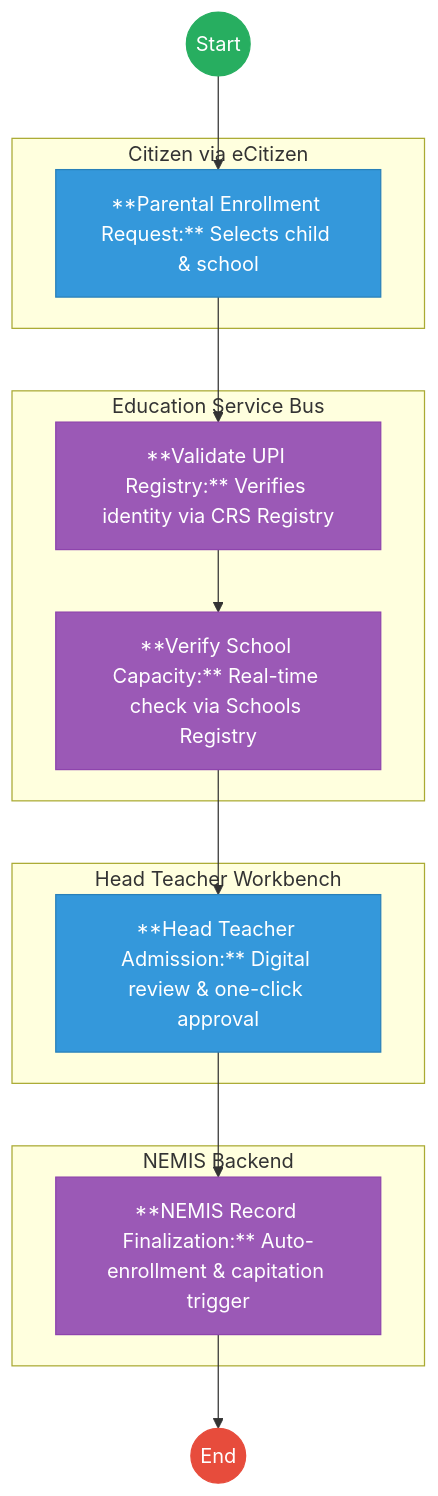
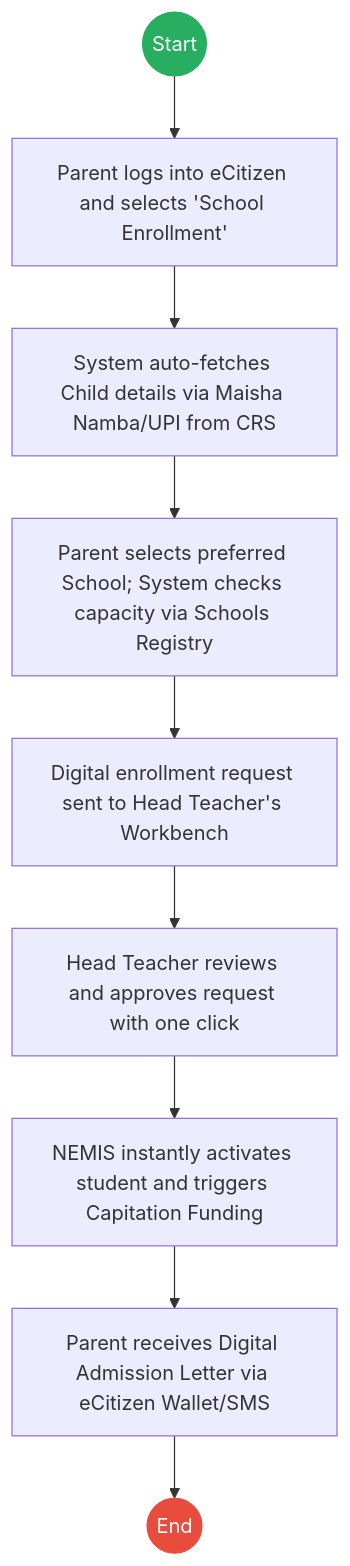
Before and after one commit to BITZ-IT-Consulting-LTD/ictapoc: the second of 2 diagrams in mdas/docs_final/Ministry_of_Education___Service_Delivery.md, drawn with Mermaid. The commit also changed other lines of this file and 6 other files, not shown here.

````diff
--- a/mdas/docs_final/Ministry_of_Education___Service_Delivery.md
+++ b/mdas/docs_final/Ministry_of_Education___Service_Delivery.md
@@ -135,37 +93,16 @@
 ```mermaid
 graph TD
-    Start((Start)) --> S1
-    
-    subgraph Parent [Citizen via eCitizen]
-        S1["**Parental Enrollment Request:** Selects child & school"]
-    end
-    
-    subgraph WoG_Platform [Education Service Bus]
-        S2["**Validate UPI Registry:** Verifies identity via CRS Registry"]
-        S3["**Verify School Capacity:** Real-time check via Schools Registry"]
-    end
-    
-    subgraph School [Head Teacher Workbench]
-        S4["**Head Teacher Admission:** Digital review & one-click approval"]
-    end
-    
-    subgraph NEMIS_System [NEMIS Backend]
-        S5["**NEMIS Record Finalization:** Auto-enrollment & capitation trigger"]
-    end
-    
-    S1 --> S2
-    S2 --> S3
-    S3 --> S4
-    S4 --> S5
-    S5 --> End((End))
+    Start((Start)) --> T1
+    T1["Parent logs into eCitizen and selects 'School Enrollment'"] --> T2
+    T2["System auto-fetches Child details via Maisha Namba/UPI from CRS"] --> T3
+    T3["Parent selects preferred School; System checks capacity via Schools Registry"] --> T4
+    T4["Digital enrollment request sent to Head Teacher's Workbench"] --> T5
+    T5["Head Teacher reviews and approves request with one click"] --> T6
+    T6["NEMIS instantly activates student and triggers Capitation Funding"] --> T7
+    T7["Parent receives Digital Admission Letter via eCitizen Wallet/SMS"] --> End((End))
 
     classDef start fill:#27ae60,stroke:#27ae60,color:#fff;
     classDef endNode fill:#e74c3c,stroke:#e74c3c,color:#fff;
-    classDef userTask fill:#3498db,stroke:#2980b9,color:#fff;
-    classDef serviceTask fill:#9b59b6,stroke:#8e44ad,color:#fff;
-    
     class Start start;
     class End endNode;
-    class S1,S4 userTask;
-    class S2,S3,S5 serviceTask;
 ```
````
